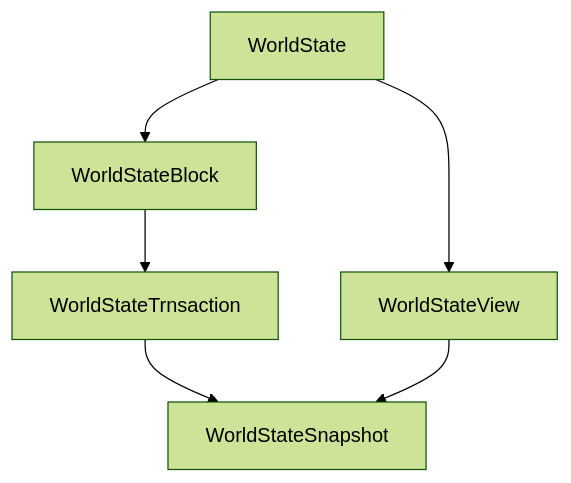
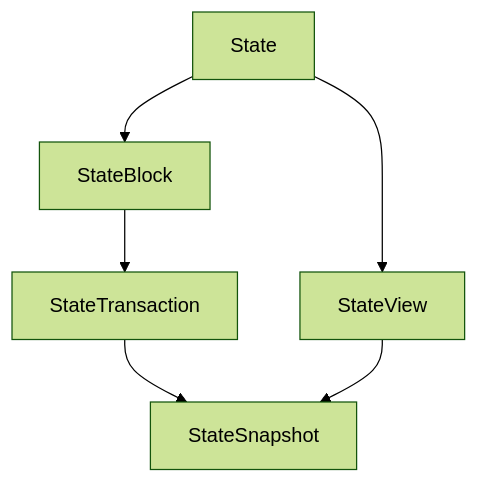
One commit to hyperledger-tooling/start-here-hyperledger changed the diagram in pull-requests/hyperledger/iroha.md. Above: the diagram before and after it, drawn with Mermaid (forest theme). The commit also changed other lines of this file and 8 other files, not shown here.

````diff
--- a/pull-requests/hyperledger/iroha.md
+++ b/pull-requests/hyperledger/iroha.md
@@ -101,14 +217,14 @@
 ```mermaid
 graph TD;
     WS-->WSV;
     WS-->WSB;
     WSB-->WST;
     WST-->WSS;
     WSV-->WSS;
 
-    WS["WorldState"]
-    WSV["WorldStateView"]
-    WSB["WorldStateBlock"]
-    WST["WorldStateTrnsaction"]
-    WSS["WorldStateSnapshot"]
+    WS["State"]
+    WSV["StateView"]
+    WSB["StateBlock"]
+    WST["StateTransaction"]
+    WSS["StateSnapshot"]
 ```
````
